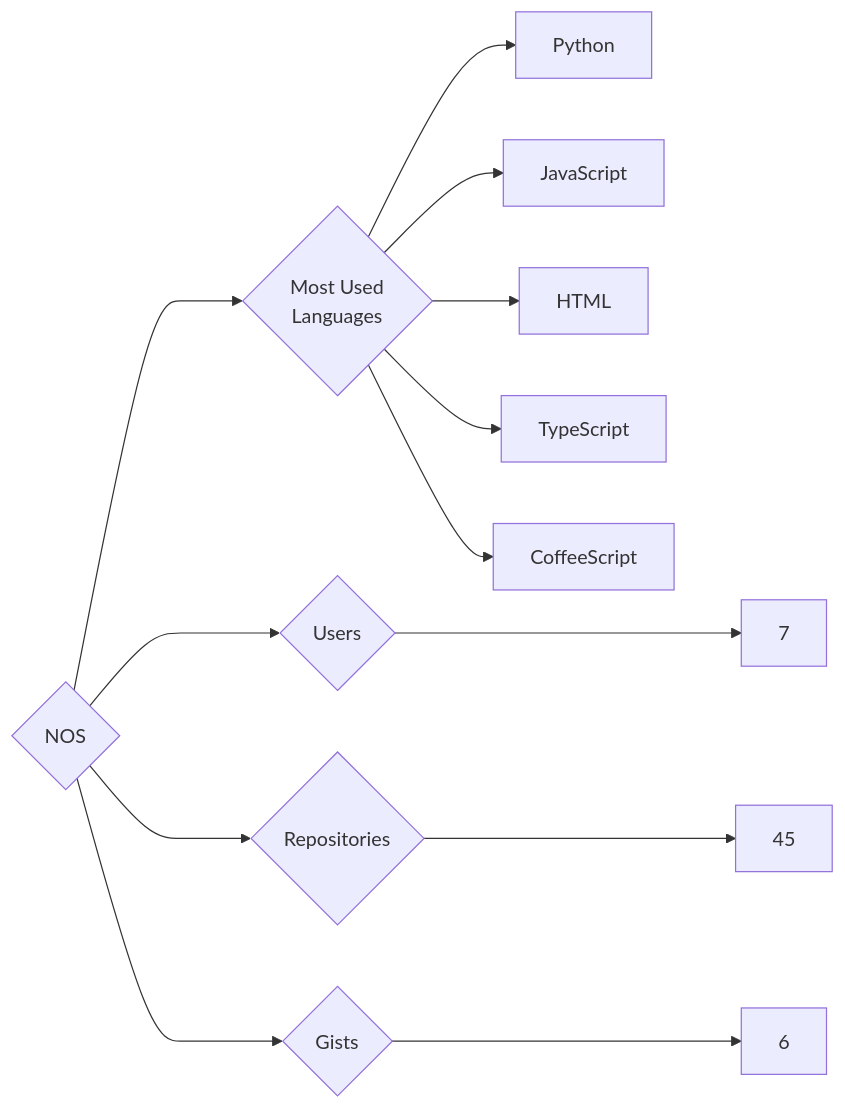
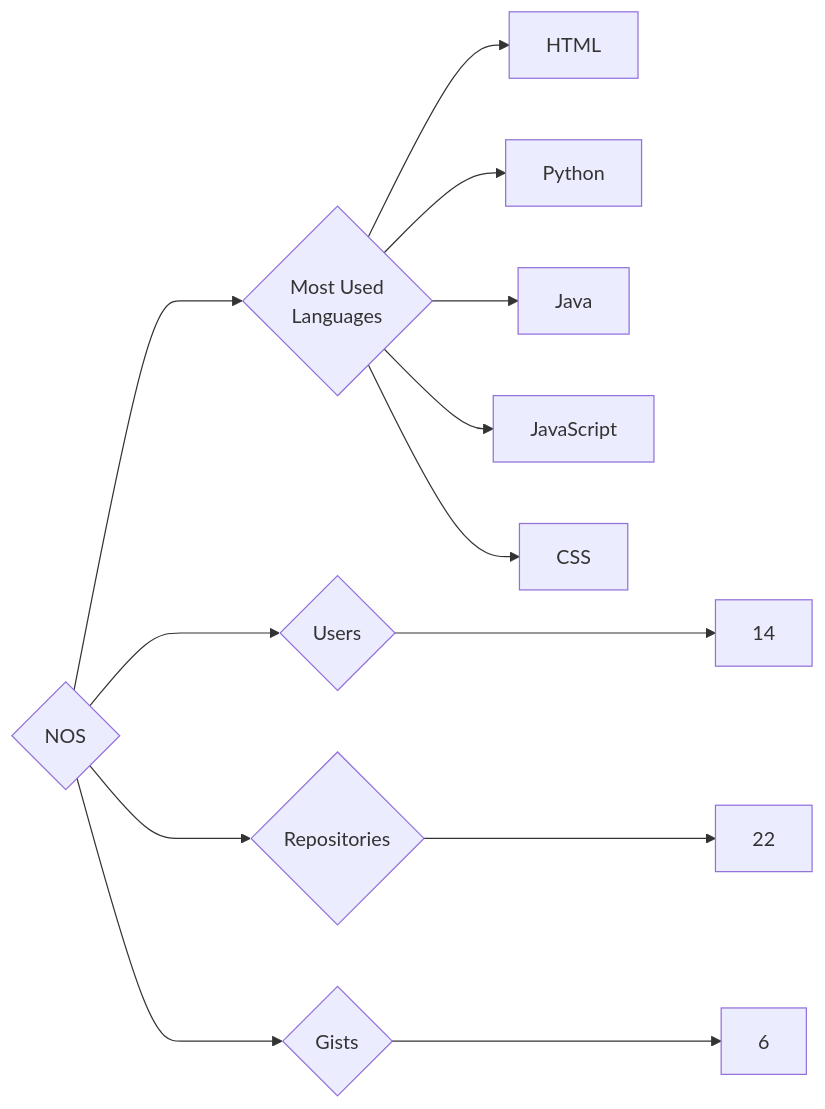
One commit to trickest/insiders changed the diagram in targets/NOS/README.md. Above: the diagram before and after it, drawn with Mermaid. The commit also changed 597 other files, not shown here.

````diff
--- a/targets/NOS/README.md
+++ b/targets/NOS/README.md
@@ -3,13 +3,13 @@
 ```mermaid
 graph LR
 COMPANY_NAME{NOS}
-COMPANY_NAME ---> U{Users} ---> UN[7]
-COMPANY_NAME ---> R{Repositories} ---> RN[45]
+COMPANY_NAME ---> U{Users} ---> UN[14]
+COMPANY_NAME ---> R{Repositories} ---> RN[22]
 COMPANY_NAME ---> G{Gists} ---> GN[6]
 COMPANY_NAME ---> ML{Most Used<br>Languages}
+ML --> HTML[HTML]
 ML --> Python[Python]
+ML --> Java[Java]
 ML --> JavaScript[JavaScript]
-ML --> HTML[HTML]
-ML --> TypeScript[TypeScript]
-ML --> CoffeeScript[CoffeeScript]
+ML --> CSS[CSS]
 ```
````
